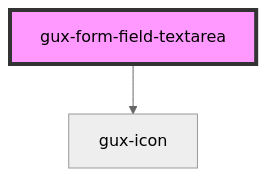
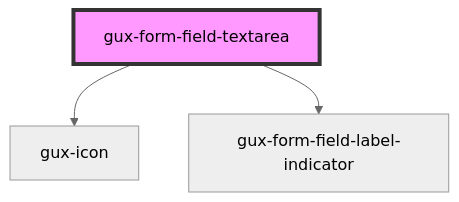
Before and after one commit to MyPureCloud/genesys-spark: the diagram in packages/genesys-spark-components/src/components/stable/gux-form-field/components/gux-form-field-textarea/readme.md, drawn with Mermaid (neutral theme). The commit also changed other lines of this file and 49 other files, not shown here.

First line of the commit message:
feat(other): Add form field optional indicator files

````diff
--- a/packages/genesys-spark-components/src/components/stable/gux-form-field/components/gux-form-field-textarea/readme.md
+++ b/packages/genesys-spark-components/src/components/stable/gux-form-field/components/gux-form-field-textarea/readme.md
@@ -33,5 +34,6 @@
 ```mermaid
 graph TD;
   gux-form-field-textarea --> gux-icon
+  gux-form-field-textarea --> gux-form-field-label-indicator
   style gux-form-field-textarea fill:#f9f,stroke:#333,stroke-width:4px
 ```
````
